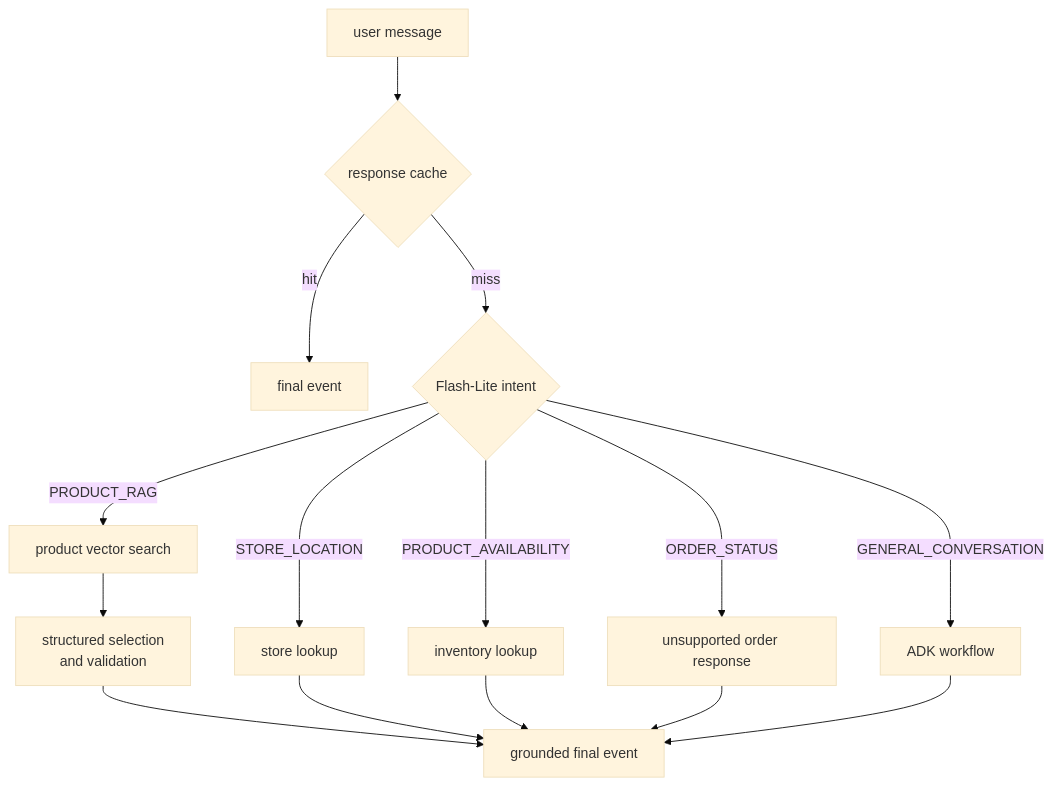
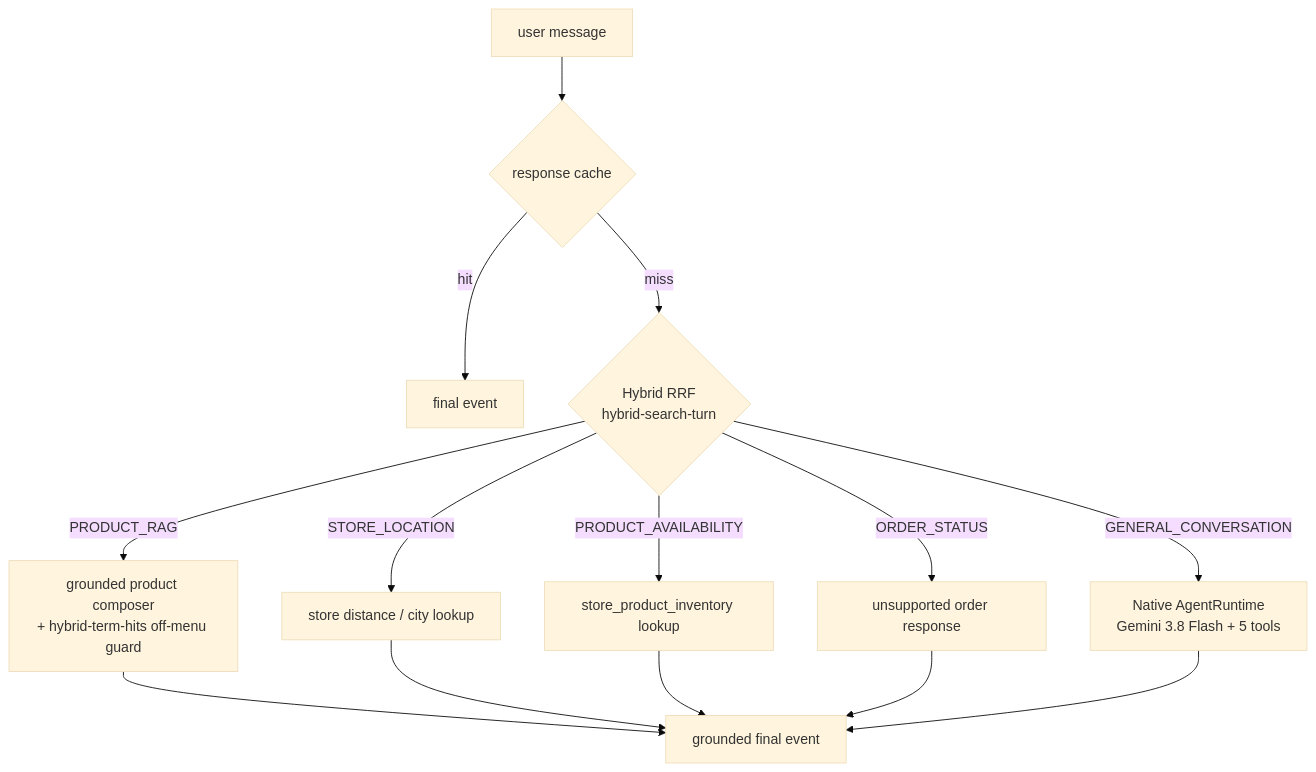
Before and after one commit to cofin/oracledb-vertexai-demo: the diagram in docs/concepts/agent-flow.md, drawn with Mermaid (base theme). The commit also changed other lines of this file and 468 other files, not shown here.

First line of the commit message:
feat(ai): native Gemini 3.8 Flash runtime, Oracle 26ai Hybrid RRF, MCP/A2A, and Oracle Queues (#94)

````diff
--- a/docs/concepts/agent-flow.md
+++ b/docs/concepts/agent-flow.md
@@ -8,17 +12,16 @@
 ```{mermaid}
 flowchart TD
     Q[user message] --> C{response cache}
     C -->|hit| H[final event]
-    C -->|miss| I{Flash-Lite intent}
-    I -->|PRODUCT_RAG| P[product vector search]
-    P --> PV[structured selection<br/>and validation]
-    I -->|STORE_LOCATION| S[store lookup]
-    I -->|PRODUCT_AVAILABILITY| A[inventory lookup]
-    I -->|ORDER_STATUS| U[unsupported order response]
-    I -->|GENERAL_CONVERSATION| W[ADK workflow]
-    PV --> F[grounded final event]
+    C -->|miss| R{Hybrid RRF<br/>hybrid-search-turn}
+    R -->|PRODUCT_RAG| P[grounded product composer<br/>+ hybrid-term-hits off-menu guard]
+    R -->|STORE_LOCATION| S[store distance / city lookup]
+    R -->|PRODUCT_AVAILABILITY| A[store_product_inventory lookup]
+    R -->|ORDER_STATUS| U[unsupported order response]
+    R -->|GENERAL_CONVERSATION| W[Native AgentRuntime<br/>Gemini 3.8 Flash + 5 tools]
+    P --> F[grounded final event]
     S --> F
     A --> F
     U --> F
     W --> F
 ```
````
